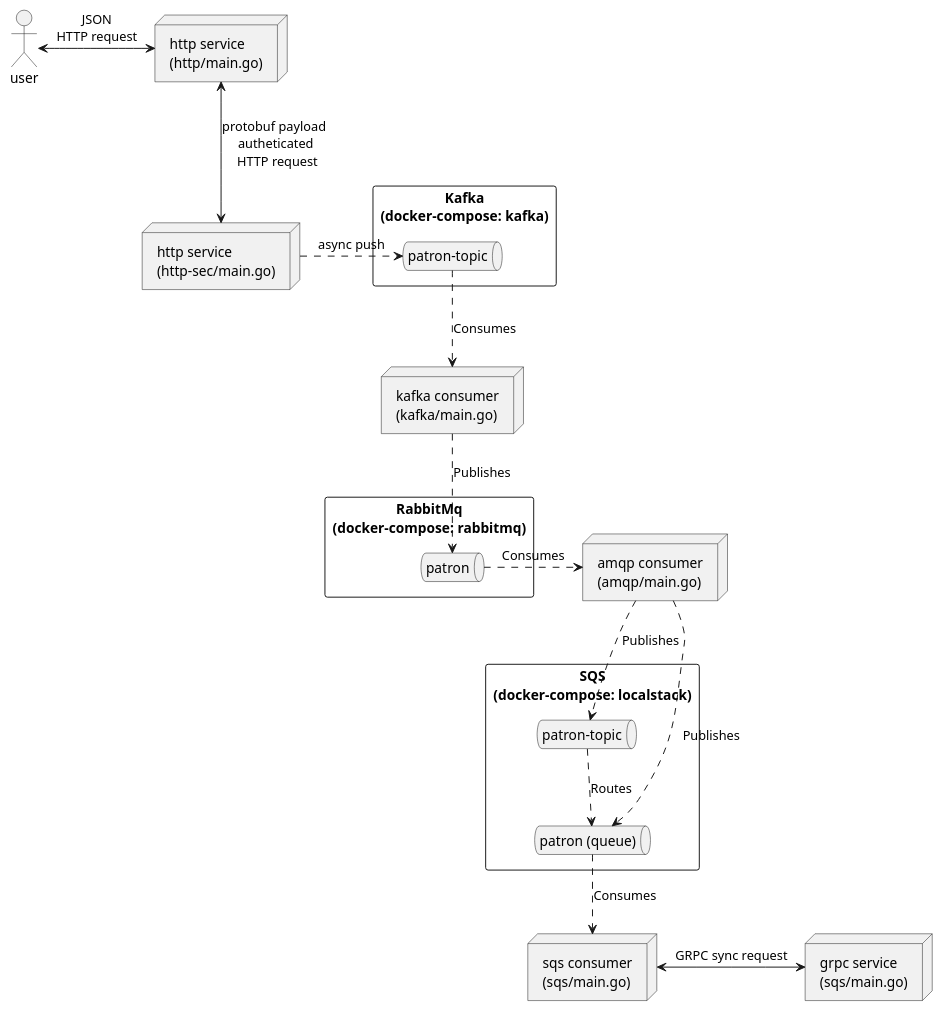
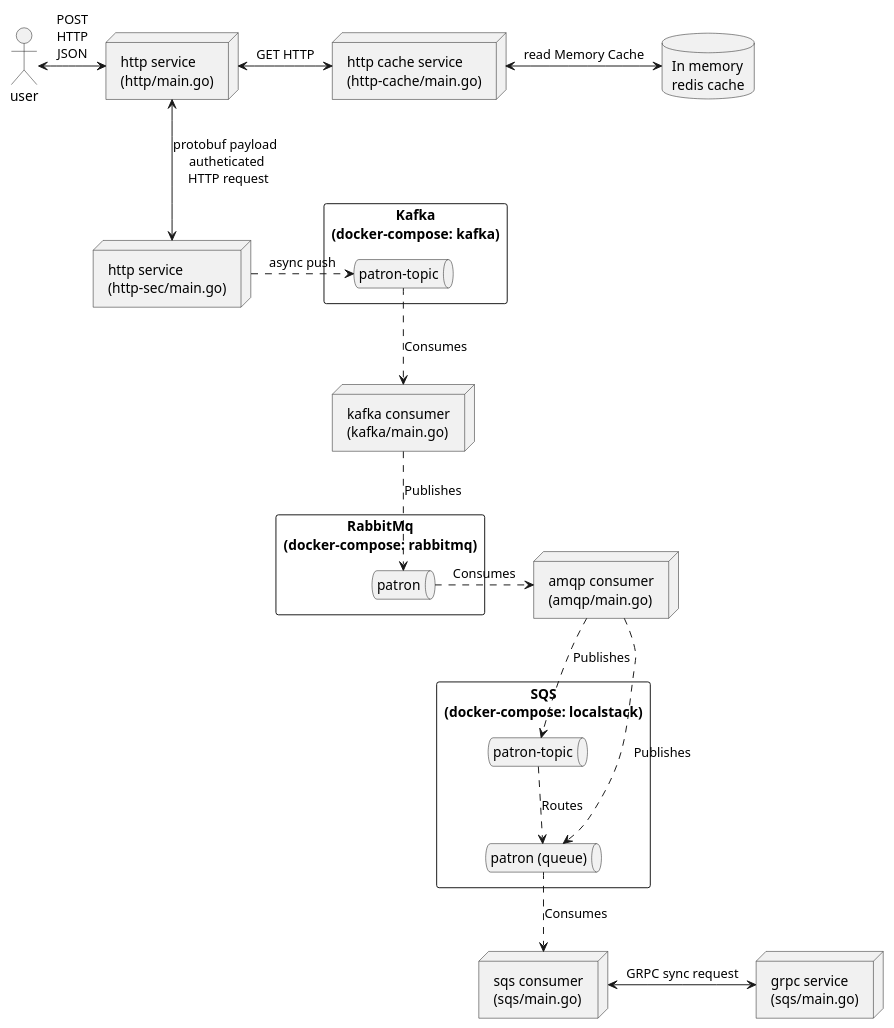
Before and after one commit to rbroggi/patron: the diagram in docs/images/example-arch.plantuml, drawn with PlantUML.

Commit message:
Updating the diagram flow Signed-off-by: Rodrigo Broggi <ro_broggi@hotmail.com>

```diff
--- a/docs/images/example-arch.plantuml
+++ b/docs/images/example-arch.plantuml
@@ -1,38 +1,42 @@
 @startuml
 
 actor u as "user"
 
 node HttpSvc as "http service\n(http/main.go)"
+node HttpCacheSvc as "http cache service\n(http-cache/main.go)"
 node HttpSecSvc as "http service\n(http-sec/main.go)"
+database Redis as "In memory\nredis cache"
 
 node kafkaSvc as "kafka consumer\n(kafka/main.go)"
 node amqpSvc as "amqp consumer\n(amqp/main.go)"
 node sqsSvc as "sqs consumer\n(sqs/main.go)"
 node grpcSvc as "grpc service\n(sqs/main.go)"
 
 rectangle "Kafka\n(docker-compose: kafka)" {
     queue kafkaTopic as "patron-topic"
 }
 
 rectangle "RabbitMq\n(docker-compose: rabbitmq)" {
     queue amqpQueue as "patron"
 }
 
 rectangle "SQS\n(docker-compose: localstack)" {
     queue sqsQueue as "patron (queue)"
     queue snsTopic as "patron-topic"
 }
 
 
-u <-> HttpSvc : JSON\nHTTP request
+u <-> HttpSvc : POST\nHTTP\nJSON
 HttpSvc <--> HttpSecSvc : protobuf payload \nautheticated\n HTTP request
+HttpSvc <-> HttpCacheSvc : GET HTTP
+HttpCacheSvc <-> Redis :  read Memory Cache
 HttpSecSvc .> kafkaTopic : async push
 kafkaTopic ..> kafkaSvc : Consumes
 kafkaSvc ..> amqpQueue : Publishes
 amqpQueue .> amqpSvc : Consumes
 amqpSvc .> sqsQueue : Publishes
 amqpSvc ..> snsTopic : Publishes
 snsTopic ..> sqsQueue : Routes
 sqsQueue ..> sqsSvc: Consumes
 sqsSvc <-> grpcSvc : GRPC sync request
 @enduml
```
